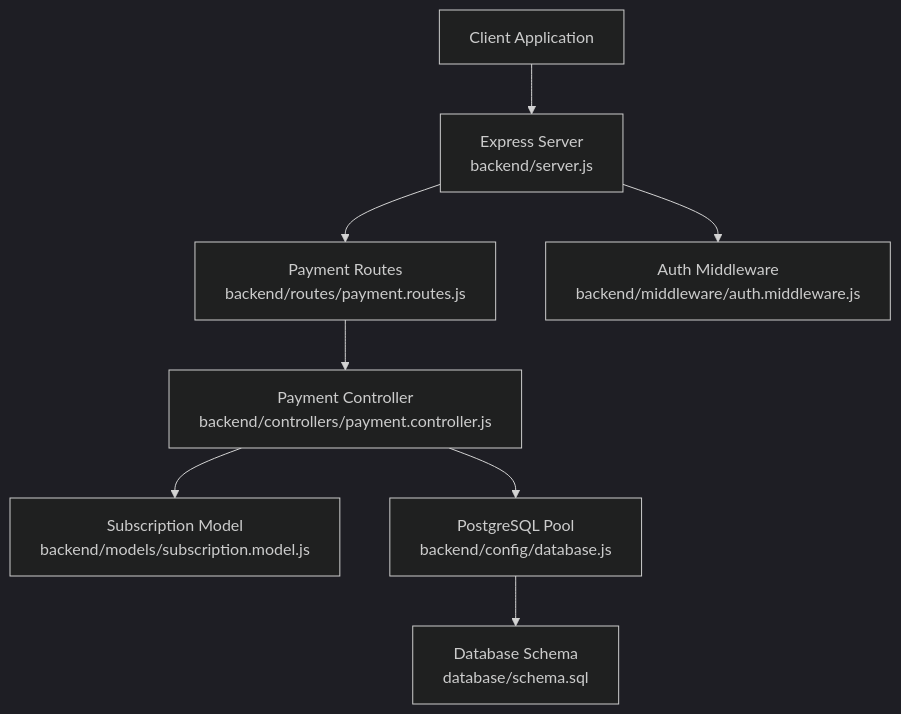
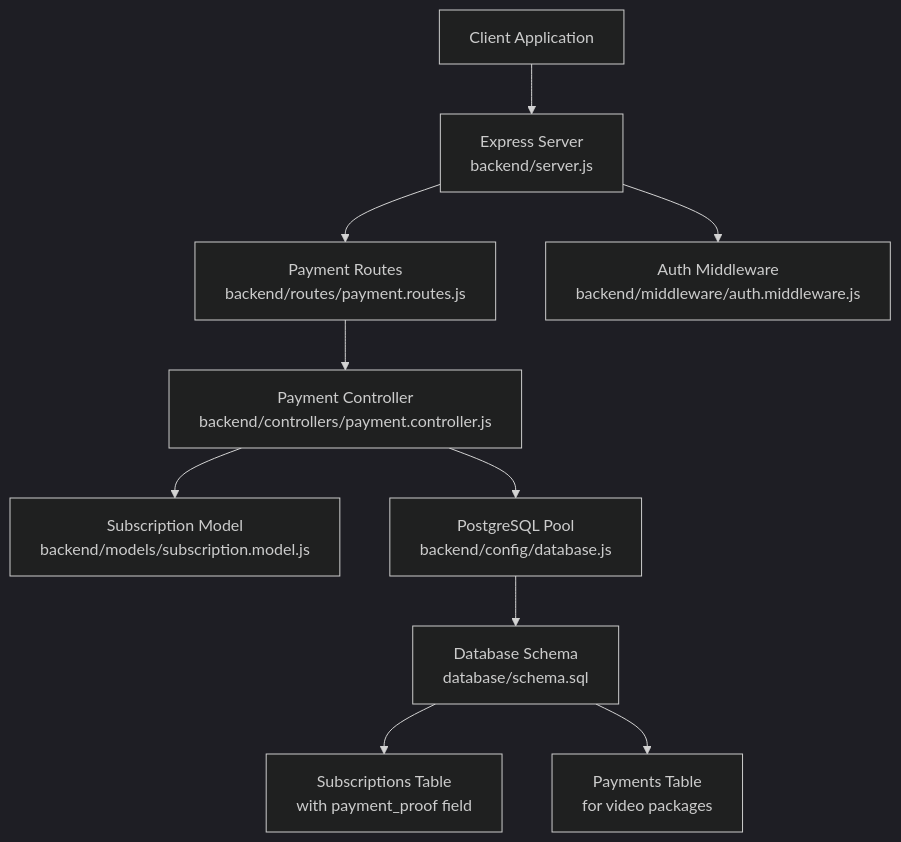
The first of 5 diagrams in .qoder/repowiki/en/content/Backend API Documentation/Payment Processing.md (Alexandrexicara/craque-vision), drawn with Mermaid (dark theme) before and after one commit. The commit also changed other lines of this file and 10 other files, not shown here.

````diff
--- a/.qoder/repowiki/en/content/Backend API Documentation/Payment Processing.md
+++ b/.qoder/repowiki/en/content/Backend API Documentation/Payment Processing.md
@@ -34,10 +50,12 @@
 ```mermaid
 graph TB
 Client["Client Application"] --> API["Express Server<br/>backend/server.js"]
 API --> Routes["Payment Routes<br/>backend/routes/payment.routes.js"]
 Routes --> Controller["Payment Controller<br/>backend/controllers/payment.controller.js"]
 Controller --> Model["Subscription Model<br/>backend/models/subscription.model.js"]
 Controller --> DB["PostgreSQL Pool<br/>backend/config/database.js"]
 API --> Auth["Auth Middleware<br/>backend/middleware/auth.middleware.js"]
 DB --> Schema["Database Schema<br/>database/schema.sql"]
+Schema --> SubTable["Subscriptions Table<br/>with payment_proof field"]
+Schema --> PayTable["Payments Table<br/>for video packages"]
 ```
````
